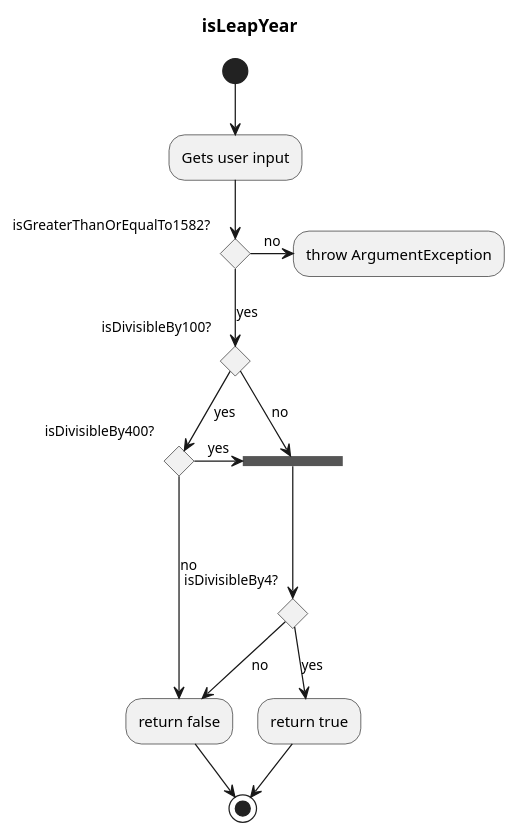
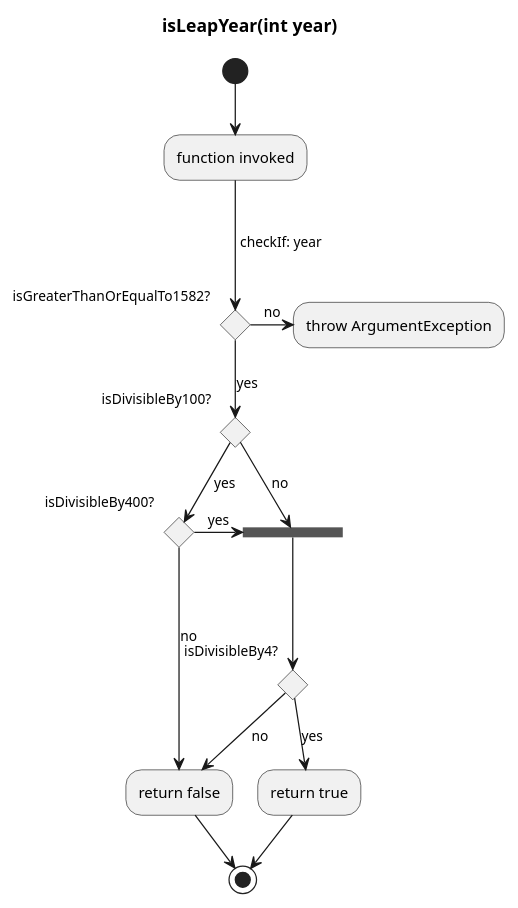
One commit to silasbue/assignment-00 changed the diagram in docs/isLeapYear-UML-diagram.pu. Above: the diagram before and after it, drawn with PlantUML. The commit also changed 1 other file, not shown here.

```diff
--- a/docs/isLeapYear-UML-diagram.pu
+++ b/docs/isLeapYear-UML-diagram.pu
@@ -1,24 +1,24 @@
 @startuml isLeapYear
-  title isLeapYear
-  (*) --> "Gets user input"
-  if "isGreaterThanOrEqualTo1582?" then
+  title isLeapYear(int year)
+  (*) --> "function invoked"
+  ---> [ checkIf: year] if "isGreaterThanOrEqualTo1582?" then
     --> [yes] if "isDivisibleBy100?" then
         --> [yes] if "isDivisibleBy400?" then
           -> [yes] ===A1===
           else
             ----> [no] "return false"
           endif
         else
           --> [no] ===A1===
             --> if "\nisDivisibleBy4?" then
             --> [yes] "return true"
             --> (*)
             else
               --> [no] "return false"
               --> (*)
             endif
         endif
   else
     -> [no] "throw ArgumentException"
   endif
 @enduml
```
